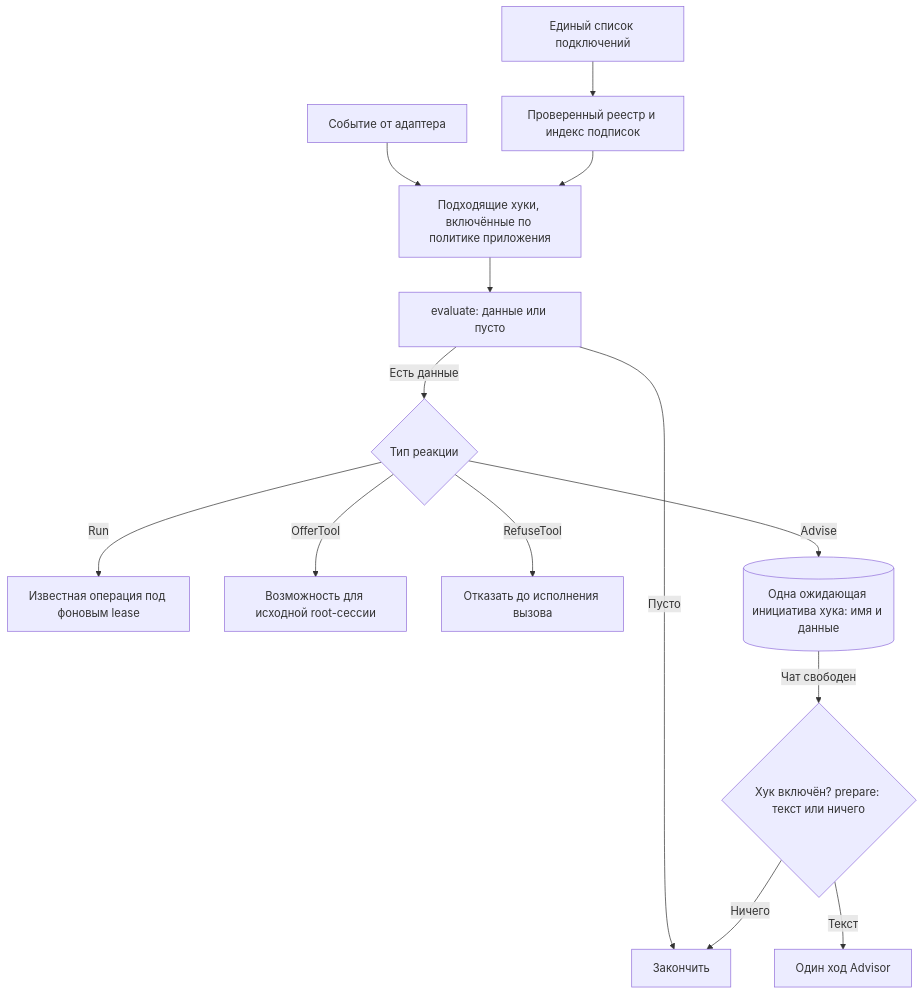
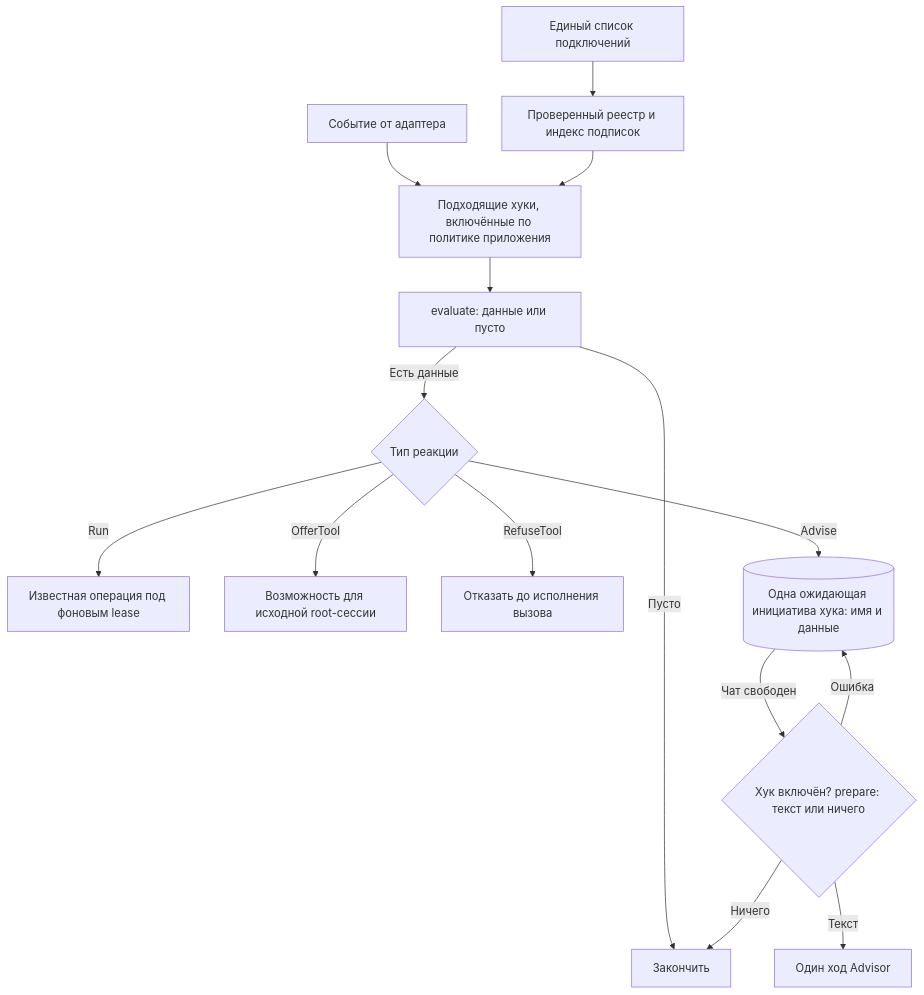
The diagram in docs/HOOK_ARCH.md (myvaheed/tg-ai-safwa), drawn with Mermaid before and after one commit. The commit also changed other lines of this file and 26 other files, not shown here.

````diff
--- a/docs/HOOK_ARCH.md
+++ b/docs/HOOK_ARCH.md
@@ -263,16 +272,17 @@
 ```mermaid
 flowchart TD
     A["Единый список подключений"] --> B["Проверенный реестр и индекс подписок"]
     C["Событие от адаптера"] --> D["Подходящие хуки, включённые по политике приложения"]
     B --> D
     D --> E["evaluate: данные или пусто"]
     E -->|Пусто| Z["Закончить"]
     E -->|Есть данные| F{"Тип реакции"}
     F -->|Run| G["Известная операция под фоновым lease"]
     F -->|OfferTool| H["Возможность для исходной root-сессии"]
     F -->|RefuseTool| I["Отказать до исполнения вызова"]
     F -->|Advise| J[("Одна ожидающая инициатива хука: имя и данные")]
     J -->|Чат свободен| K{"Хук включён? prepare: текст или ничего"}
     K -->|Текст| L["Один ход Advisor"]
     K -->|Ничего| Z
+    K -->|Ошибка| J
 ```
````
